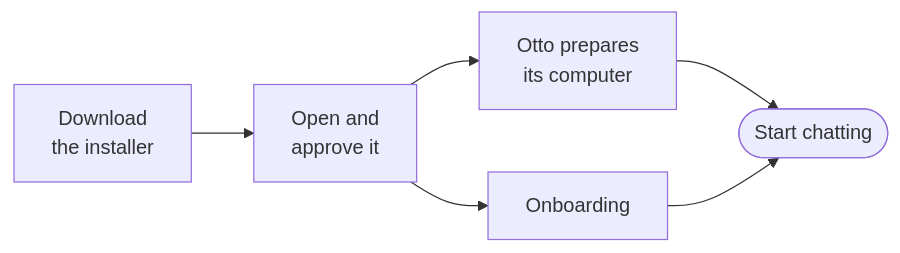
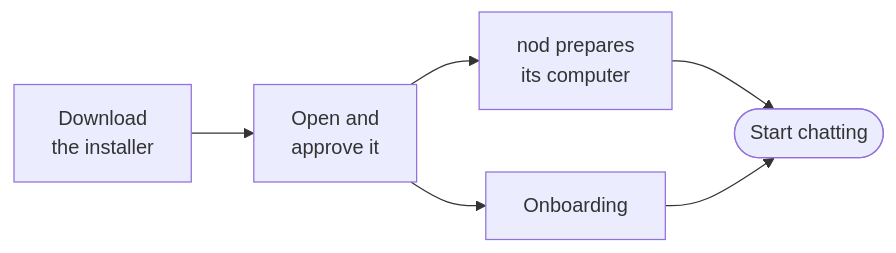
Before and after one commit to KrishBhimani/nod: the diagram in docs/src/content/docs/get-started/install-desktop.mdx, drawn with Mermaid. The commit also changed other lines of this file and 380 other files, not shown here.

Commit message:
feat!: rename Otto to nod (#398)

````diff
--- a/docs/src/content/docs/get-started/install-desktop.mdx
+++ b/docs/src/content/docs/get-started/install-desktop.mdx
@@ -14,8 +14,8 @@
 ```mermaid
 flowchart LR
   dl[Download<br/>the installer] --> open[Open and<br/>approve it]
-  open --> prep[Otto prepares<br/>its computer]:::accent
+  open --> prep[nod prepares<br/>its computer]:::accent
   open --> ob[Onboarding]
   prep --> chat([Start chatting]):::go
   ob --> chat
 ```
````
